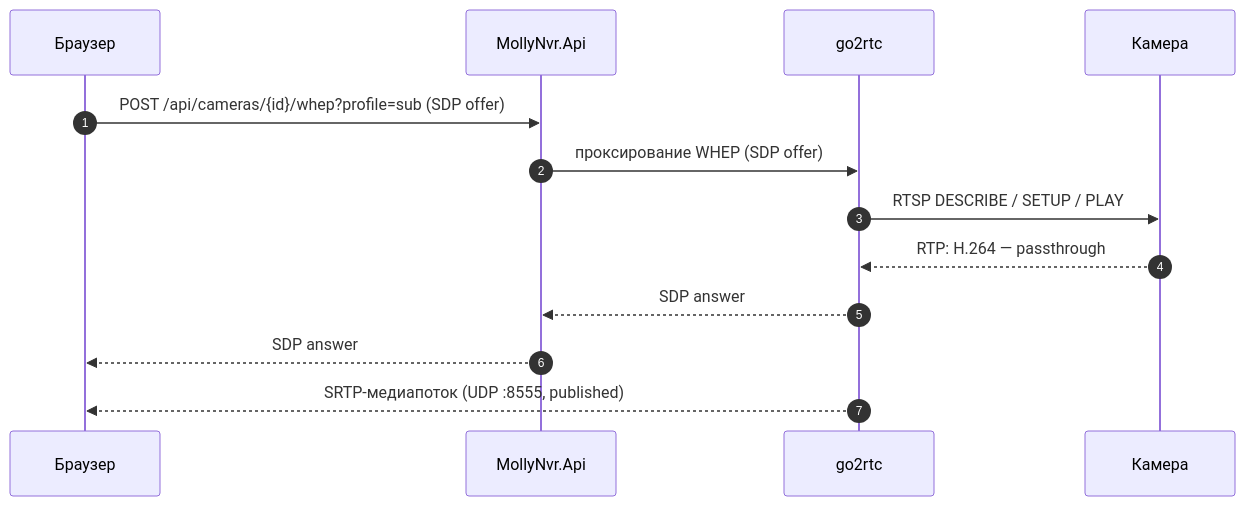
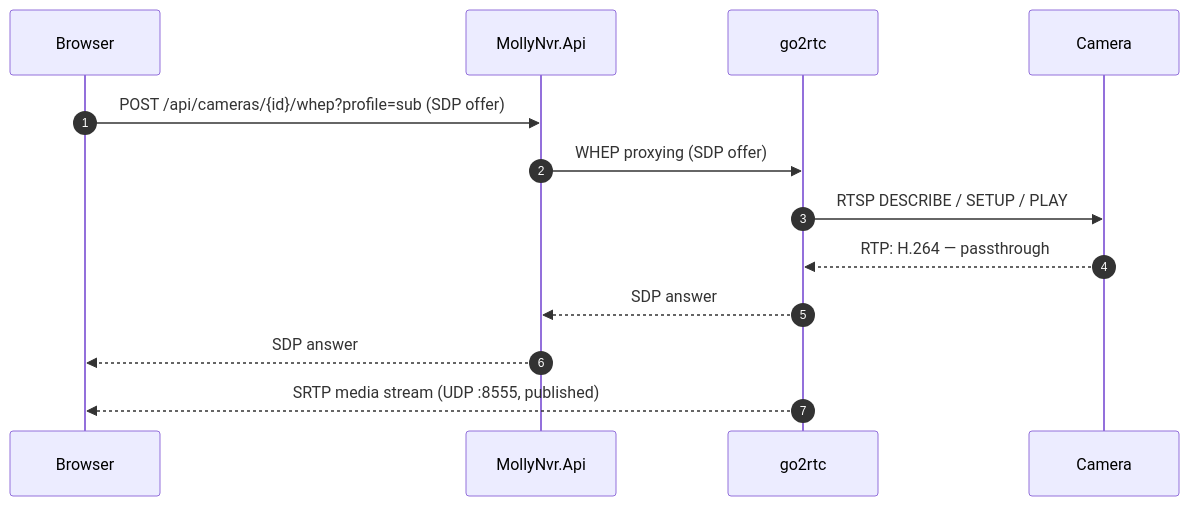
Before and after one commit to djem-3000/MollyNVR: the second of 4 diagrams in docs/architecture.md, drawn with Mermaid. The commit also changed other lines of this file and 164 other files, not shown here.

````diff
--- a/docs/architecture.md
+++ b/docs/architecture.md
@@ -74,15 +74,15 @@
 ```mermaid
 sequenceDiagram
   autonumber
-  participant B as Браузер
+  participant B as Browser
   participant A as MollyNvr.Api
   participant G as go2rtc
-  participant C as Камера
+  participant C as Camera
   B->>A: POST /api/cameras/{id}/whep?profile=sub (SDP offer)
-  A->>G: проксирование WHEP (SDP offer)
+  A->>G: WHEP proxying (SDP offer)
   G->>C: RTSP DESCRIBE / SETUP / PLAY
   C-->>G: RTP: H.264 — passthrough
   G-->>A: SDP answer
   A-->>B: SDP answer
-  G-->>B: SRTP-медиапоток (UDP :8555, published)
+  G-->>B: SRTP media stream (UDP :8555, published)
 ```
````
